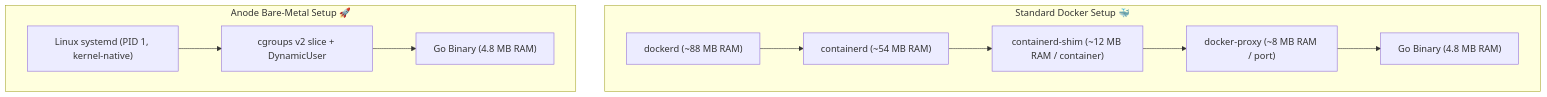
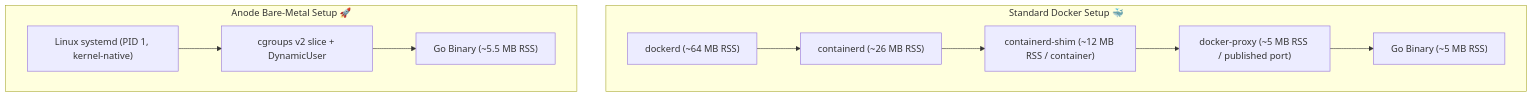
Before and after one commit to abhiudayg/abhiudayg: the diagram in src/content/blog/why-we-ditched-docker-for-go-backends.md, drawn with Mermaid. The commit also changed other lines of this file and 5 other files, not shown here.

````diff
--- a/src/content/blog/why-we-ditched-docker-for-go-backends.md
+++ b/src/content/blog/why-we-ditched-docker-for-go-backends.md
@@ -35,14 +35,14 @@
 ```mermaid
 flowchart TD
   subgraph docker_stack["Standard Docker Setup 🐳"]
-    dockerd["dockerd (~88 MB RAM)"] --> containerd["containerd (~54 MB RAM)"]
-    containerd --> shim["containerd-shim (~12 MB RAM / container)"]
-    shim --> proxy["docker-proxy (~8 MB RAM / port)"]
-    proxy --> go_bin1["Go Binary (4.8 MB RAM)"]
+    dockerd["dockerd (~64 MB RSS)"] --> containerd["containerd (~26 MB RSS)"]
+    containerd --> shim["containerd-shim (~12 MB RSS / container)"]
+    shim --> proxy["docker-proxy (~5 MB RSS / published port)"]
+    proxy --> go_bin1["Go Binary (~5 MB RSS)"]
   end
 
   subgraph anode_stack["Anode Bare-Metal Setup 🚀"]
     systemd["Linux systemd (PID 1, kernel-native)"] --> cgroups["cgroups v2 slice + DynamicUser"]
-    cgroups --> go_bin2["Go Binary (4.8 MB RAM)"]
+    cgroups --> go_bin2["Go Binary (~5.5 MB RSS)"]
   end
 ```
````
